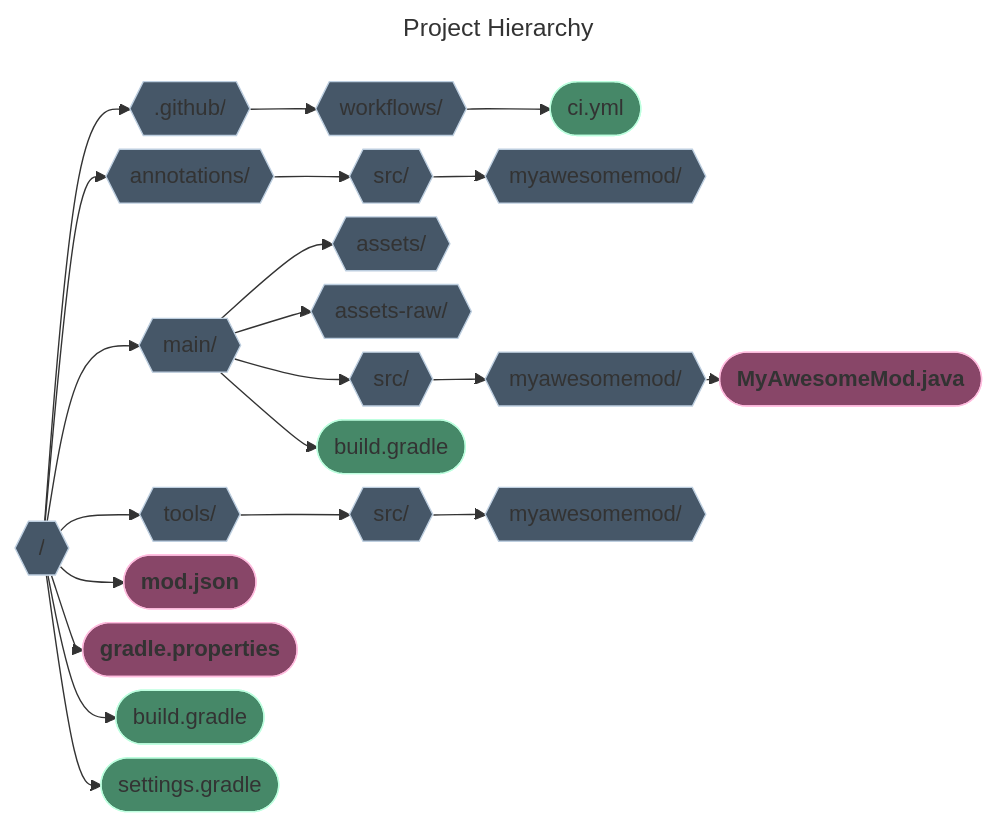
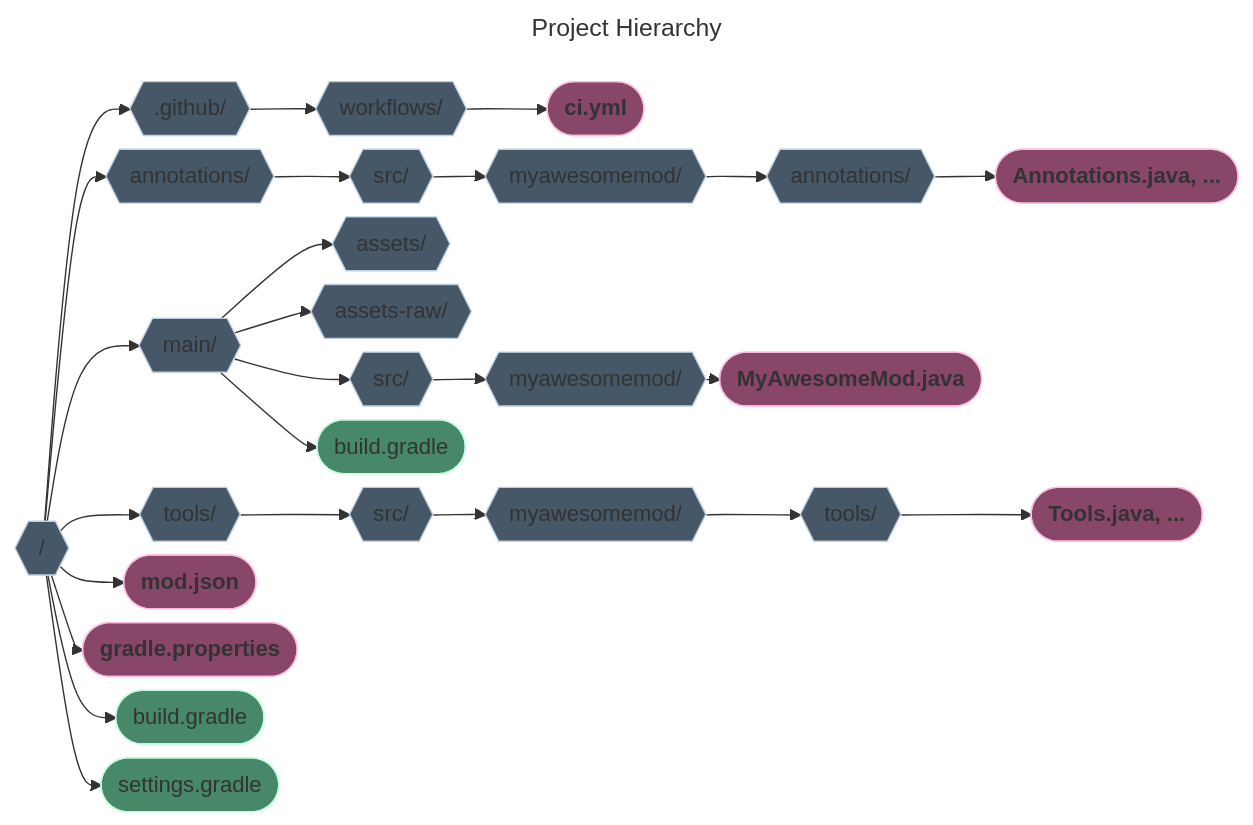
One commit to stabu-dev/MindustryModTemplate changed the diagram in README.md. Above: the diagram before and after it, drawn with Mermaid. The commit also changed other lines of this file, not shown here.

````diff
--- a/README.md
+++ b/README.md
@@ -49,48 +74,52 @@
     ```mermaid
     ---
     title: Project Hierarchy
     ---
     graph LR;
     %%{init:{'flowchart':{'nodeSpacing': 10, 'rankSpacing': 10}}}%%;
 
     classDef folder fill:#465768,stroke:#bdcedf;
     classDef file fill:#468868,stroke:#bdffdf;
     classDef importantFile fill:#884668,stroke:#ffbddf,font-weight:bold;
 
     root{{"/"}};
     github{{".github/"}};
     workflows{{"workflows/"}};
     annotations_mod{{"annotations/"}};
     annotations_src{{"src/"}};
-    annotations_pkg{{"myawesomemod/"}};
+    annotations_pkg_root{{"myawesomemod/"}};
+    annotations_pkg_sub{{"annotations/"}};
     main_mod{{"main/"}};
     main_assets{{"assets/"}};
     main_assets_raw{{"assets-raw/"}};
     main_src{{"src/"}};
     main_pkg{{"myawesomemod/"}};
     tools_mod{{"tools/"}};
     tools_src{{"src/"}};
-    tools_pkg{{"myawesomemod/"}};
+    tools_pkg_root{{"myawesomemod/"}};
+    tools_pkg_sub{{"tools/"}};
 
     ci_yml(["ci.yml"]);
     mod_json(["mod.json"]);
     gradle_properties(["gradle.properties"]);
     root_build_gradle(["build.gradle"]);
     settings_gradle(["settings.gradle"]);
     main_build_gradle(["build.gradle"]);
     main_java_file(["MyAwesomeMod.java"]);
+    annotations_java_file(["Annotations.java, ..."]);
+    tools_java_file(["Tools.java, ..."]);
 
-    class root,github,workflows,annotations_mod,annotations_src,annotations_pkg,main_mod,main_assets,main_assets_raw,main_src,main_pkg,tools_mod,tools_src,tools_pkg folder;
-    class ci_yml,root_build_gradle,settings_gradle,main_build_gradle file;
-    class mod_json,gradle_properties,main_java_file importantFile;
+    class root,github,workflows,annotations_mod,annotations_src,annotations_pkg_root,annotations_pkg_sub,main_mod,main_assets,main_assets_raw,main_src,main_pkg,tools_mod,tools_src,tools_pkg_root,tools_pkg_sub folder;
+    class root_build_gradle,settings_gradle,main_build_gradle file;
+    class mod_json,gradle_properties,main_java_file,annotations_java_file,tools_java_file,ci_yml importantFile;
 
     root-->github-->workflows-->ci_yml;
-    root-->annotations_mod-->annotations_src-->annotations_pkg;
+    root-->annotations_mod-->annotations_src-->annotations_pkg_root-->annotations_pkg_sub-->annotations_java_file;
     root-->main_mod;
     main_mod-->main_assets;
     main_mod-->main_assets_raw;
     main_mod-->main_src-->main_pkg-->main_java_file;
     main_mod-->main_build_gradle;
-    root-->tools_mod-->tools_src-->tools_pkg;
+    root-->tools_mod-->tools_src-->tools_pkg_root-->tools_pkg_sub-->tools_java_file;
     root-->mod_json & gradle_properties & root_build_gradle & settings_gradle;
     ```
````
